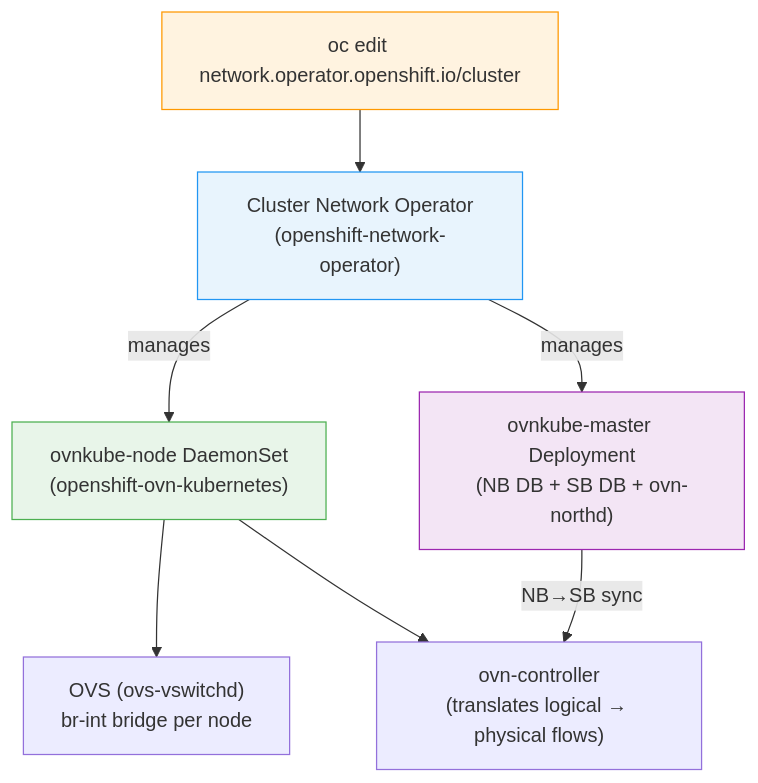
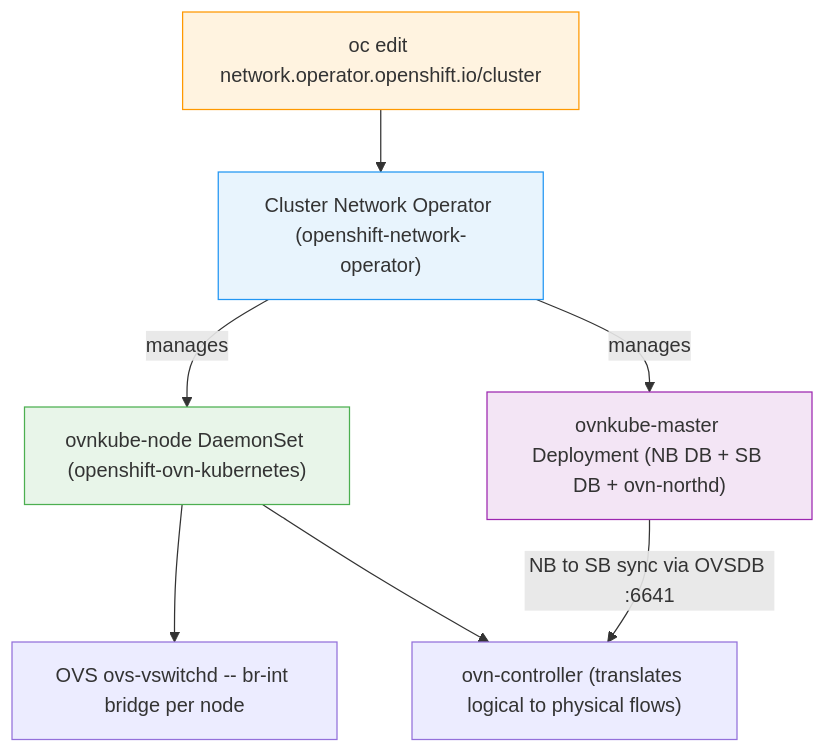
The second of 3 diagrams in lessons/25-openshift-networking-overview.md (MykolaLebid/Kubernetes_networking_engineering), drawn with Mermaid before and after one commit. The commit also changed other lines of this file and 35 other files, not shown here.

First line of the commit message:
Restructure all 34 lessons: Theory/Practice split, richer diagrams, industry examples, navigation

````diff
--- a/lessons/25-openshift-networking-overview.md
+++ b/lessons/25-openshift-networking-overview.md
@@ -74,21 +56,21 @@
 ```mermaid
 flowchart TD
     Admin["oc edit network.operator.openshift.io/cluster"]
-    CNO["Cluster Network Operator\n(openshift-network-operator)"]
-    OVN_DS["ovnkube-node DaemonSet\n(openshift-ovn-kubernetes)"]
-    OVN_Master["ovnkube-master Deployment\n(NB DB + SB DB + ovn-northd)"]
-    OVS["OVS (ovs-vswitchd)\nbr-int bridge per node"]
-    OVN_CTRL["ovn-controller\n(translates logical → physical flows)"]
+    CNO["Cluster Network Operator (openshift-network-operator)"]
+    OVN_DS["ovnkube-node DaemonSet (openshift-ovn-kubernetes)"]
+    OVN_Master["ovnkube-master Deployment (NB DB + SB DB + ovn-northd)"]
+    OVS["OVS ovs-vswitchd -- br-int bridge per node"]
+    OVN_CTRL["ovn-controller (translates logical to physical flows)"]
 
     Admin --> CNO
-    CNO -- "manages" --> OVN_DS
-    CNO -- "manages" --> OVN_Master
+    CNO --"manages"--> OVN_DS
+    CNO --"manages"--> OVN_Master
     OVN_DS --> OVS
     OVN_DS --> OVN_CTRL
-    OVN_Master -- "NB→SB sync" --> OVN_CTRL
+    OVN_Master --"NB to SB sync via OVSDB :6641"--> OVN_CTRL
 
     style Admin fill:#fff3e0,stroke:#FF9800
     style CNO fill:#e8f4fd,stroke:#2196F3
     style OVN_DS fill:#e8f5e9,stroke:#4CAF50
     style OVN_Master fill:#f3e5f5,stroke:#9C27B0
 ```
````
